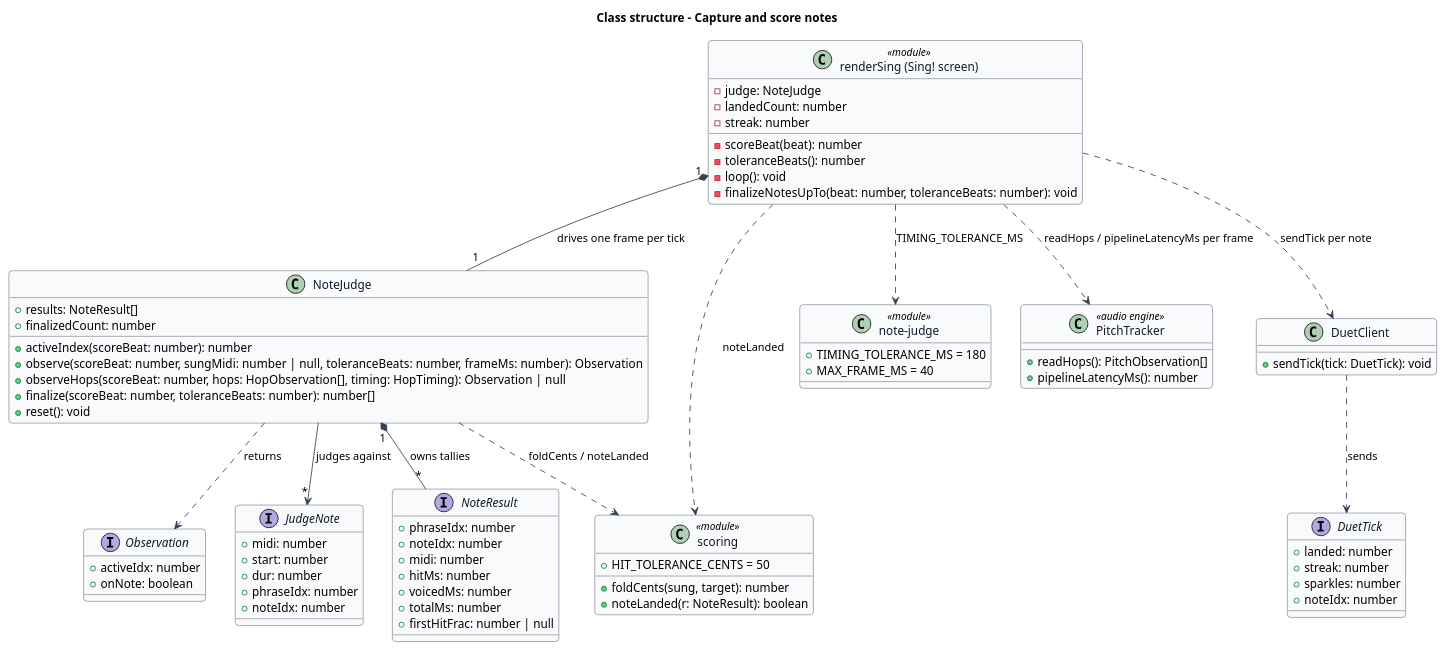
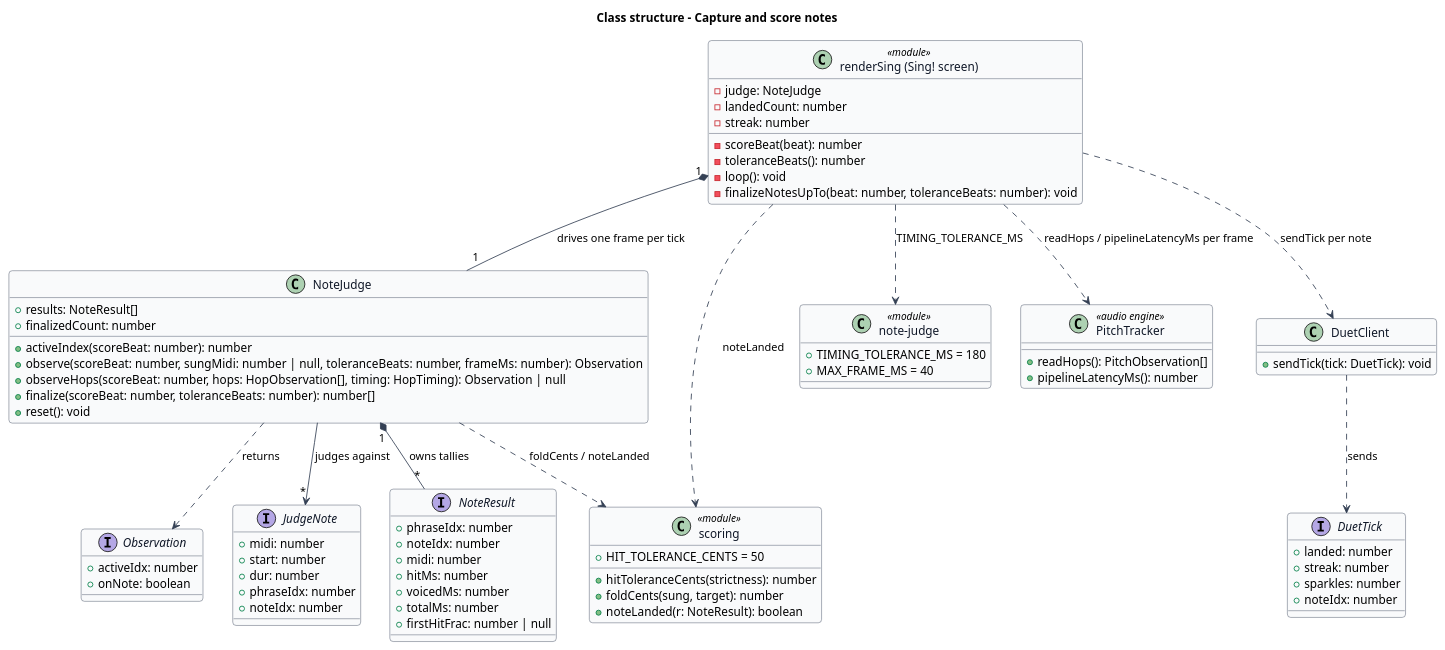
Before and after one commit to QuinntyneBrown/TwinkleTune: the diagram in docs/detailed-designs/singing-gameplay/capture-and-score-notes/diagrams/class-structure.puml, drawn with PlantUML. The commit also changed 83 other files, not shown here.

```diff
--- a/docs/detailed-designs/singing-gameplay/capture-and-score-notes/diagrams/class-structure.puml
+++ b/docs/detailed-designs/singing-gameplay/capture-and-score-notes/diagrams/class-structure.puml
@@ -1,96 +1,97 @@
 @startuml
 ' --- shared skin header ---
 skinparam backgroundColor #FFFFFF
 skinparam shadowing false
 skinparam roundcorner 8
 skinparam defaultFontName Arial
 skinparam ArrowColor #344054
 skinparam class {
   BorderColor #344054
   FontColor #101828
   BackgroundColor #F9FAFB
 }
 ' --------------------------
 title Class structure - Capture and score notes
 
 class "renderSing (Sing! screen)" as Sing <<module>> {
   -judge: NoteJudge
   -landedCount: number
   -streak: number
   -scoreBeat(beat): number
   -toleranceBeats(): number
   -loop(): void
   -finalizeNotesUpTo(beat: number, toleranceBeats: number): void
 }
 
 class NoteJudge {
   +results: NoteResult[]
   +finalizedCount: number
   +activeIndex(scoreBeat: number): number
   +observe(scoreBeat: number, sungMidi: number | null, toleranceBeats: number, frameMs: number): Observation
   +observeHops(scoreBeat: number, hops: HopObservation[], timing: HopTiming): Observation | null
   +finalize(scoreBeat: number, toleranceBeats: number): number[]
   +reset(): void
 }
 
 interface Observation {
   +activeIdx: number
   +onNote: boolean
 }
 
 interface JudgeNote {
   +midi: number
   +start: number
   +dur: number
   +phraseIdx: number
   +noteIdx: number
 }
 
 interface NoteResult {
   +phraseIdx: number
   +noteIdx: number
   +midi: number
   +hitMs: number
   +voicedMs: number
   +totalMs: number
   +firstHitFrac: number | null
 }
 
 class "scoring" as Scoring <<module>> {
   +HIT_TOLERANCE_CENTS = 50
+  +hitToleranceCents(strictness): number
   +foldCents(sung, target): number
   +noteLanded(r: NoteResult): boolean
 }
 
 class "note-judge" as JudgeMod <<module>> {
   +TIMING_TOLERANCE_MS = 180
   +MAX_FRAME_MS = 40
 }
 
 class PitchTracker <<audio engine>> {
   +readHops(): PitchObservation[]
   +pipelineLatencyMs(): number
 }
 
 class DuetClient {
   +sendTick(tick: DuetTick): void
 }
 
 interface DuetTick {
   +landed: number
   +streak: number
   +sparkles: number
   +noteIdx: number
 }
 
 Sing "1" *-- "1" NoteJudge : drives one frame per tick
 NoteJudge "1" *-- "*" NoteResult : owns tallies
 NoteJudge --> "*" JudgeNote : judges against
 NoteJudge ..> Observation : returns
 NoteJudge ..> Scoring : foldCents / noteLanded
 Sing ..> JudgeMod : TIMING_TOLERANCE_MS
 Sing ..> Scoring : noteLanded
 Sing ..> PitchTracker : readHops / pipelineLatencyMs per frame
 Sing ..> DuetClient : sendTick per note
 DuetClient ..> DuetTick : sends
 @enduml
```
